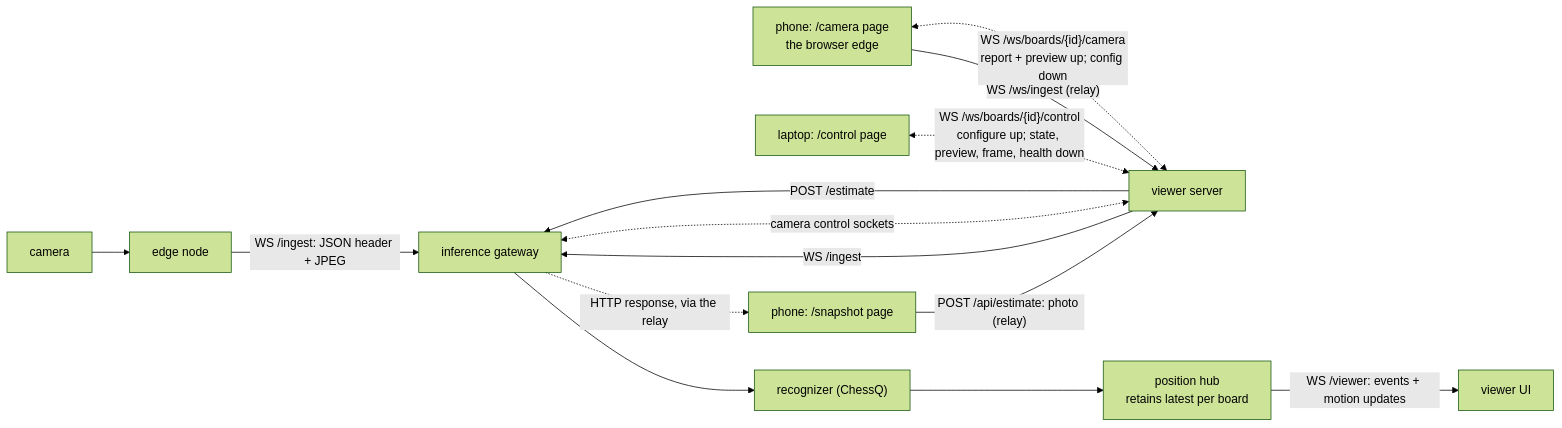
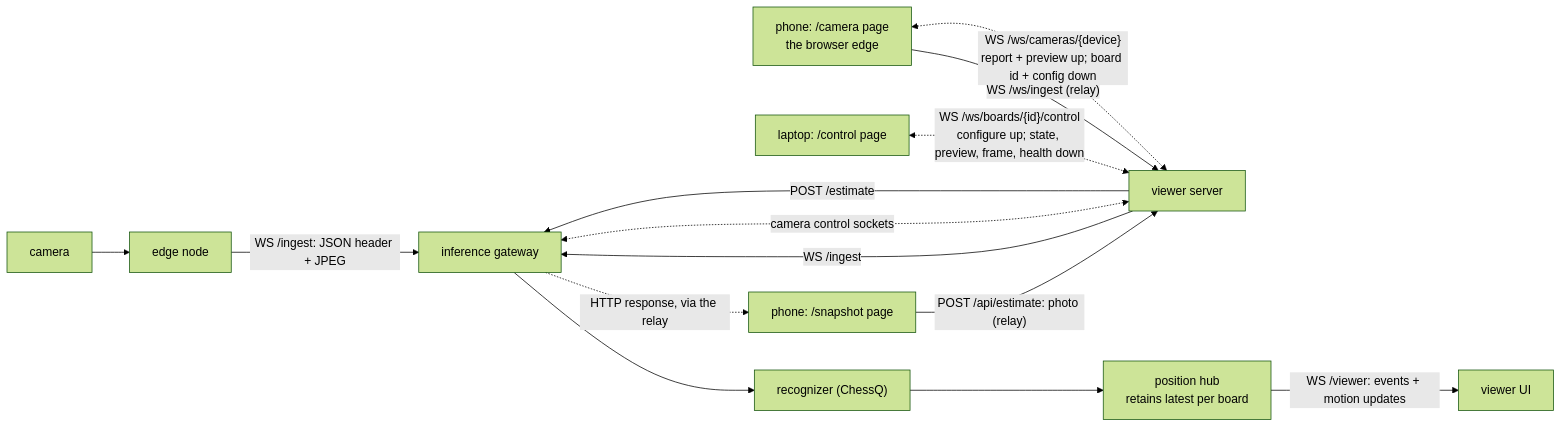
Before and after one commit to membranepotential/board-reader: the diagram in docs/architecture.md, drawn with Mermaid (forest theme). The commit also changed other lines of this file and 4 other files, not shown here.

````diff
--- a/docs/architecture.md
+++ b/docs/architecture.md
@@ -38,16 +38,16 @@
 ```mermaid
 flowchart LR
   cam[camera] --> edge[edge node]
   edge -->|WS /ingest: JSON header + JPEG| gw[inference gateway]
   camphone[phone: /camera page<br/>the browser edge] -->|"WS /ws/ingest (relay)"| vw[viewer server]
   vw -->|WS /ingest| gw
   laptop[laptop: /control page] <-.->|"WS /ws/boards/{id}/control<br/>configure up; state, preview, frame, health down"| vw
-  camphone <-.->|"WS /ws/boards/{id}/camera<br/>report + preview up; config down"| vw
+  camphone <-.->|"WS /ws/cameras/{device}<br/>report + preview up; board id + config down"| vw
   vw <-.->|camera control sockets| gw
   phone[phone: /snapshot page] -->|"POST /api/estimate: photo (relay)"| vw
   vw -->|POST /estimate| gw
   gw --> rec["recognizer (ChessQ)"]
   rec --> hub[position hub<br/>retains latest per board]
   hub -->|"WS /viewer: events + motion updates"| viewer[viewer UI]
   gw -.->|HTTP response, via the relay| phone
 ```
````
